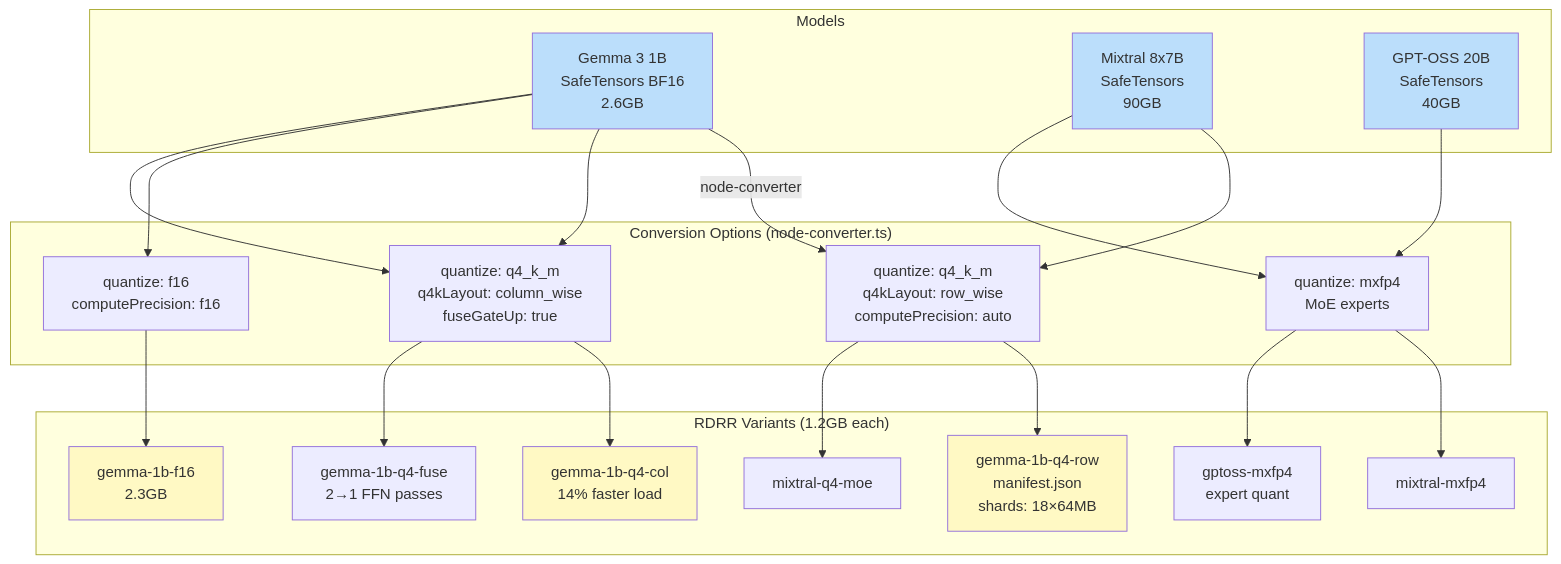
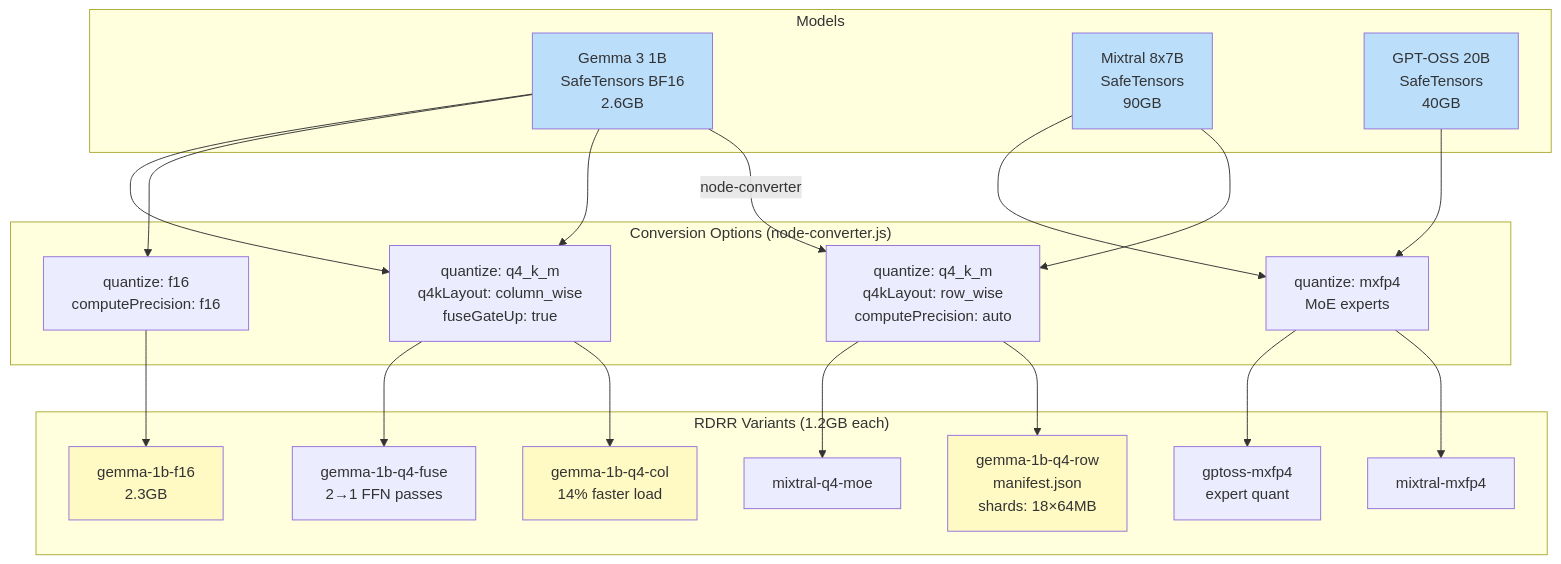
Before and after one commit to clocksmith/doppler: the second of 11 diagrams in docs/SYSTEM_FLOW.md, drawn with Mermaid. The commit also changed other lines of this file and 43 other files, not shown here.

````diff
--- a/docs/SYSTEM_FLOW.md
+++ b/docs/SYSTEM_FLOW.md
@@ -35,48 +35,48 @@
 ```mermaid
 graph TD
     subgraph Models
         M1[Gemma 3 1B<br/>SafeTensors BF16<br/>2.6GB]
         M2[Mixtral 8x7B<br/>SafeTensors<br/>90GB]
         M3[GPT-OSS 20B<br/>SafeTensors<br/>40GB]
     end
 
-    subgraph ConversionOptions["Conversion Options (node-converter.ts)"]
+    subgraph ConversionOptions["Conversion Options (node-converter.js)"]
         O1[quantize: q4_k_m<br/>q4kLayout: row_wise<br/>computePrecision: auto]
         O2[quantize: q4_k_m<br/>q4kLayout: column_wise<br/>fuseGateUp: true]
         O3[quantize: f16<br/>computePrecision: f16]
         O4[quantize: mxfp4<br/>MoE experts]
     end
 
     subgraph RDRRVariants["RDRR Variants (1.2GB each)"]
         R1[gemma-1b-q4-row<br/>manifest.json<br/>shards: 18×64MB]
         R2[gemma-1b-q4-col<br/>14% faster load]
         R3[gemma-1b-f16<br/>2.3GB]
         R4[gemma-1b-q4-fuse<br/>2→1 FFN passes]
         R5[mixtral-q4-moe]
         R6[mixtral-mxfp4]
         R7[gptoss-mxfp4<br/>expert quant]
     end
 
     M1 -->|node-converter| O1
     M1 --> O2
     M1 --> O3
     M1 --> O2
     M2 --> O1
     M2 --> O4
     M3 --> O4
 
     O1 --> R1
     O2 --> R2
     O3 --> R3
     O2 --> R4
     O1 --> R5
     O4 --> R6
     O4 --> R7
 
     style M1 fill:#bbdefb
     style M2 fill:#bbdefb
     style M3 fill:#bbdefb
     style R1 fill:#fff9c4
     style R2 fill:#fff9c4
     style R3 fill:#fff9c4
 ```
````
